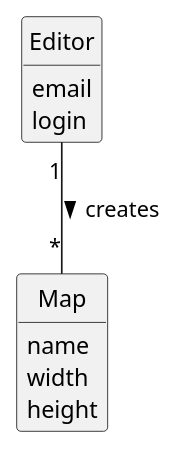
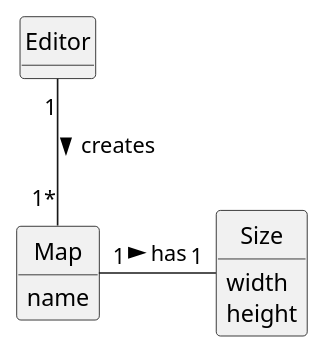
The diagram in docs/system-documentation/US001/02.analysis/puml/US001-DM.puml (1240826/empire-on-tracks), drawn with PlantUML before and after one commit. The commit also changed 5 other files, not shown here.

```diff
--- a/docs/system-documentation/US001/02.analysis/puml/US001-DM.puml
+++ b/docs/system-documentation/US001/02.analysis/puml/US001-DM.puml
@@ -1,25 +1,26 @@
 @startuml
 skinparam monochrome true
 skinparam packageStyle rectangle
 skinparam shadowing false
 skinparam classAttributeIconSize 0
 hide circle
 hide methods
 
 'title US01 - Create a Map (Domain Model)
 
 class Editor {
-    email
-    login
 }
-
 class Map {
     name
+
+}
+class Size{
     width
     height
 }
 
 ' --- Relacionamentos ---
-Editor "1" -- "*" Map : creates >
+Editor "1" -down- "1*" Map : creates >
+Map "1" - "1" Size : has >
 
 @enduml
```
